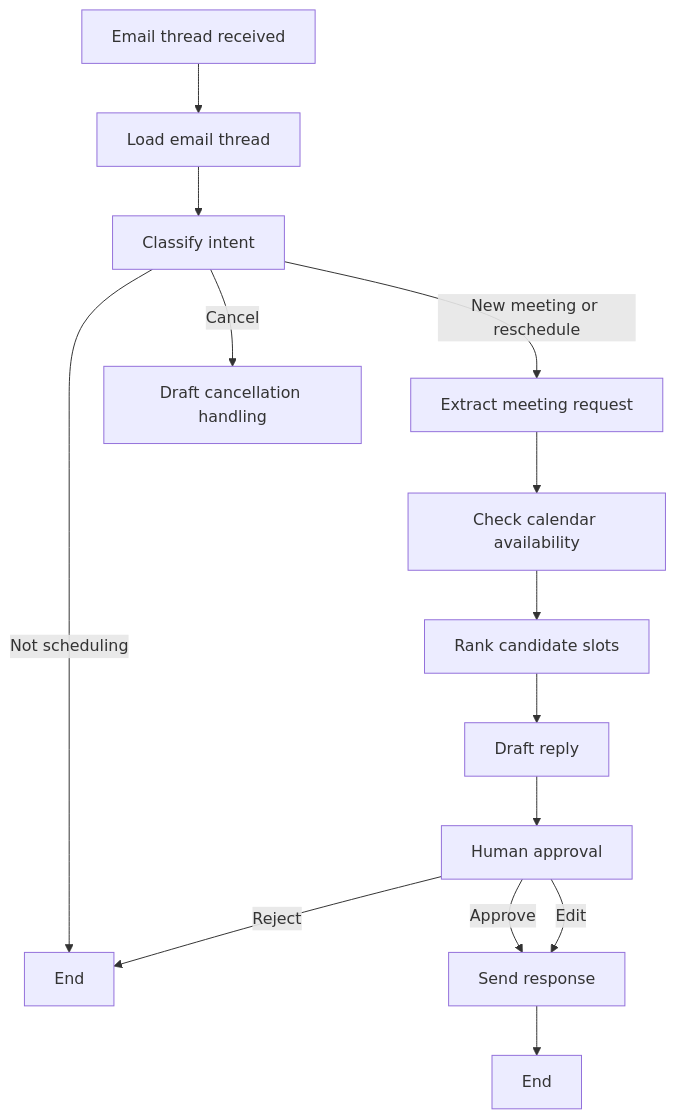
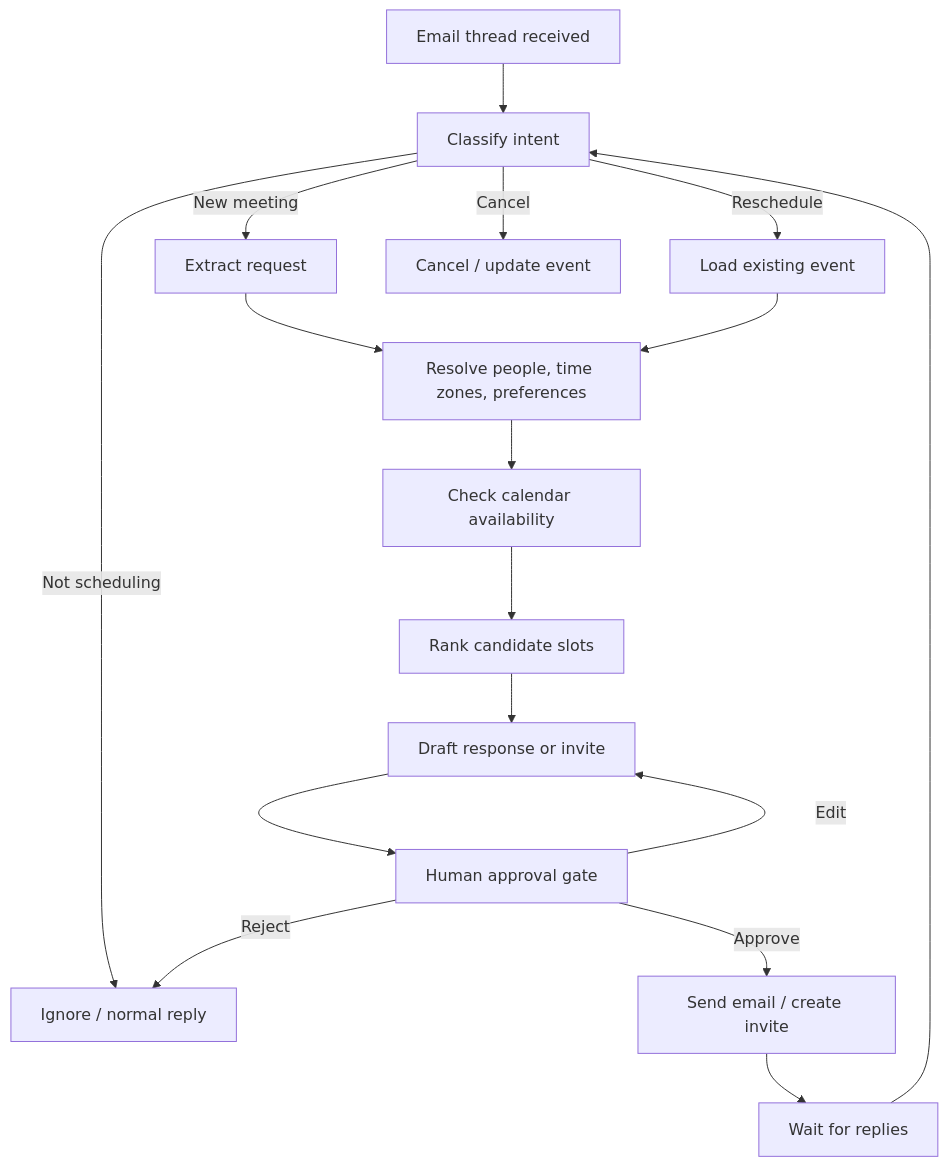
The diagram in docs/architecture.md (Lequanwo/meeting-scheduling-agent), drawn with Mermaid before and after one commit. The commit also changed other lines of this file and 6 other files, not shown here.

````diff
--- a/docs/architecture.md
+++ b/docs/architecture.md
@@ -5,16 +5,20 @@
 ```mermaid
 flowchart TD
-  A["Email thread received"] --> B["Load email thread"]
-  B --> C["Classify intent"]
-  C -->|Not scheduling| Z["End"]
-  C -->|New meeting or reschedule| D["Extract meeting request"]
-  C -->|Cancel| K["Draft cancellation handling"]
+  A["Email thread received"] --> B["Classify intent"]
+  B -->|Not scheduling| Z["Ignore / normal reply"]
+  B -->|New meeting| C["Extract request"]
+  B -->|Reschedule| R["Load existing event"]
+  B -->|Cancel| X["Cancel / update event"]
+
+  C --> D["Resolve people, time zones, preferences"]
+  R --> D
   D --> E["Check calendar availability"]
   E --> F["Rank candidate slots"]
-  F --> G["Draft reply"]
-  G --> H["Human approval"]
-  H -->|Approve| I["Send response"]
-  H -->|Edit| I
+  F --> G["Draft response or invite"]
+  G --> H["Human approval gate"]
+  H -->|Approve| I["Send email / create invite"]
+  H -->|Edit| G
   H -->|Reject| Z
-  I --> J["End"]
+  I --> J["Wait for replies"]
+  J --> B
 ```
````
